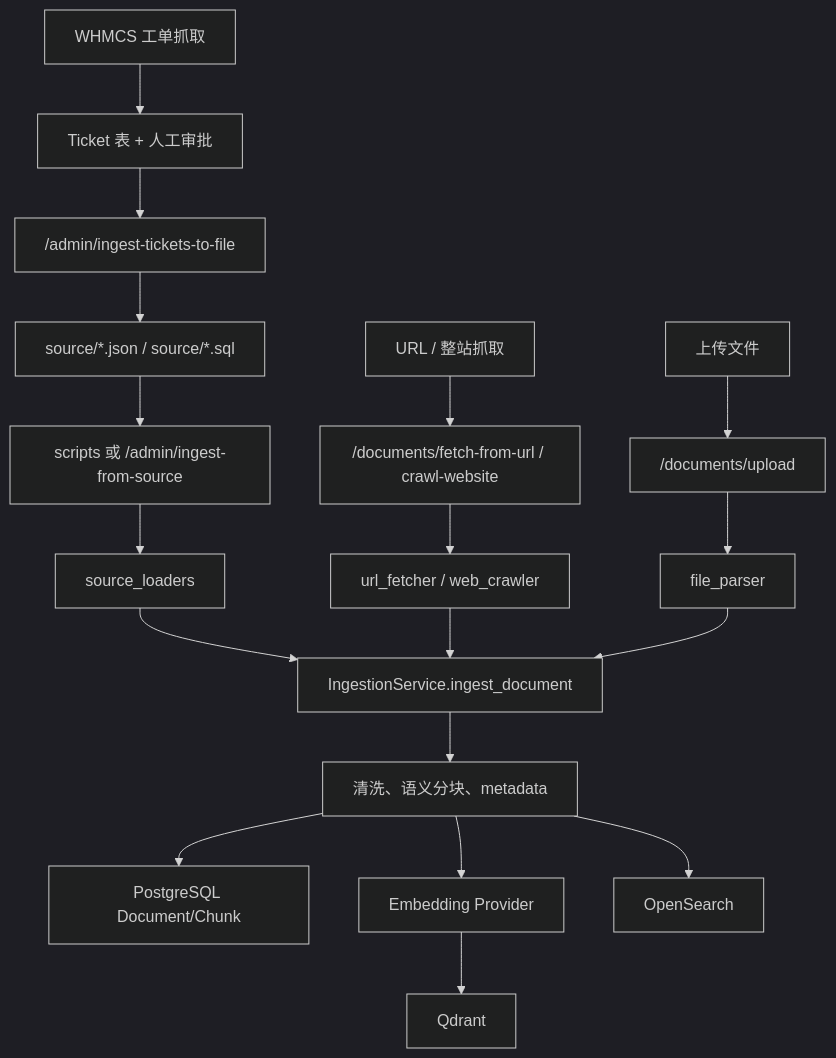
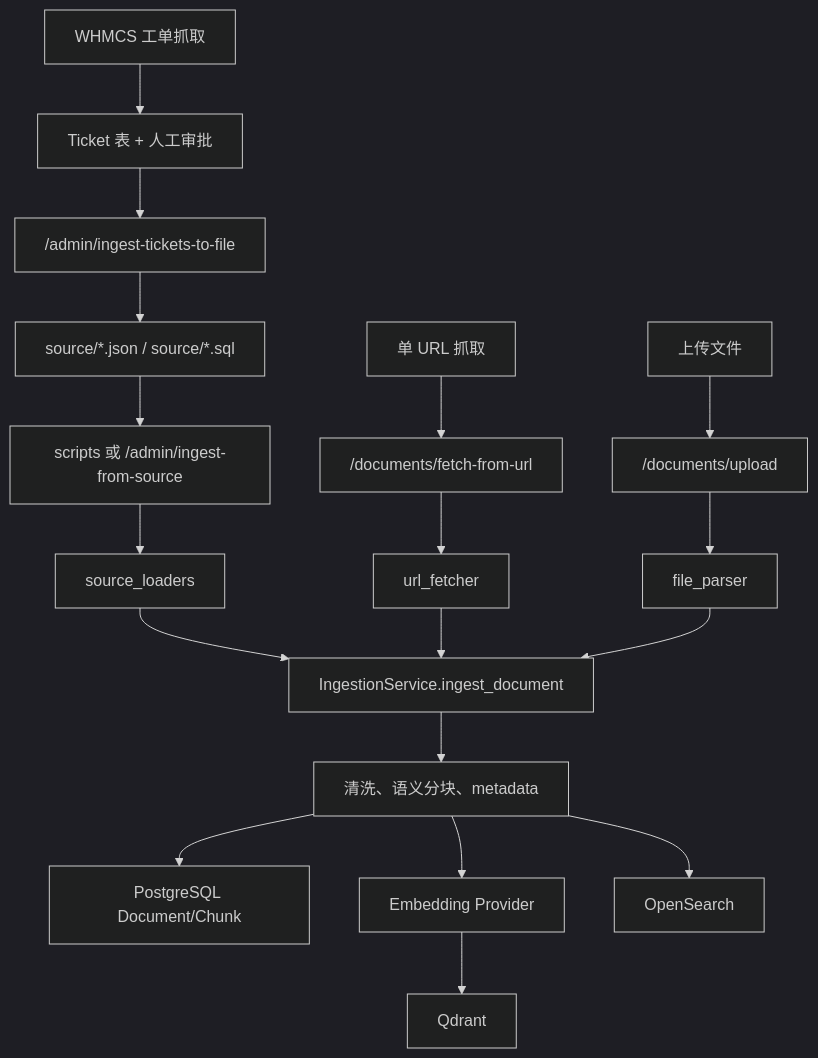
The third of 3 diagrams in README.md (rwjxrj/RAG_Agent), drawn with Mermaid (dark theme) before and after one commit. The commit also changed other lines of this file and 98 other files, not shown here.

Commit message:
Refactor orchestrator pipeline and phase flow

````diff
--- a/README.md
+++ b/README.md
@@ -101,20 +118,20 @@
 ```mermaid
 flowchart TD
   A["source/*.json / source/*.sql"] --> B["scripts 或 /admin/ingest-from-source"]
-  C["URL / 整站抓取"] --> D["/documents/fetch-from-url / crawl-website"]
+  C["单 URL 抓取"] --> D["/documents/fetch-from-url"]
   E["上传文件"] --> F["/documents/upload"]
   G["WHMCS 工单抓取"] --> H["Ticket 表 + 人工审批"]
   H --> I["/admin/ingest-tickets-to-file"]
   I --> A
   B --> J["source_loaders"]
-  D --> K["url_fetcher / web_crawler"]
+  D --> K["url_fetcher"]
   F --> L["file_parser"]
   J --> M["IngestionService.ingest_document"]
   K --> M
   L --> M
   M --> N["清洗、语义分块、metadata"]
   N --> O["PostgreSQL Document/Chunk"]
   N --> P["Embedding Provider"]
   P --> Q["Qdrant"]
   N --> R["OpenSearch"]
 ```
````
